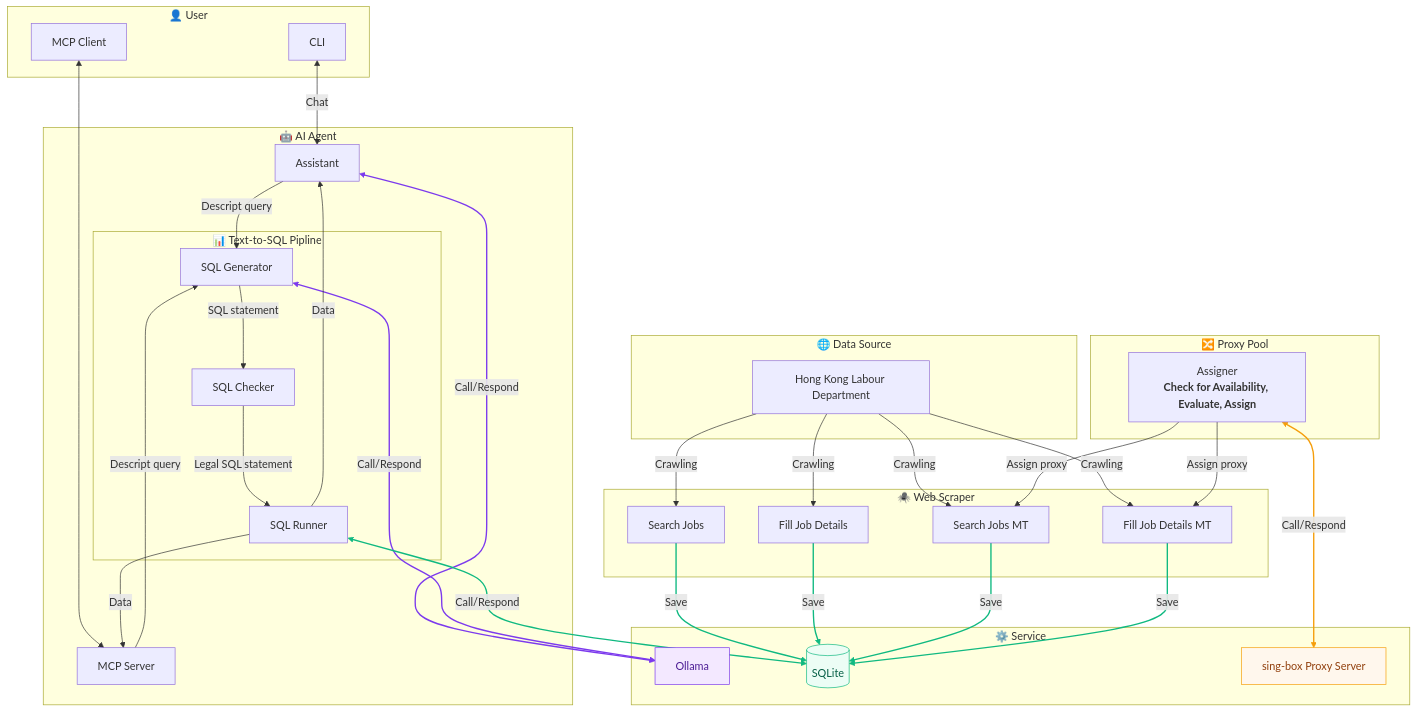
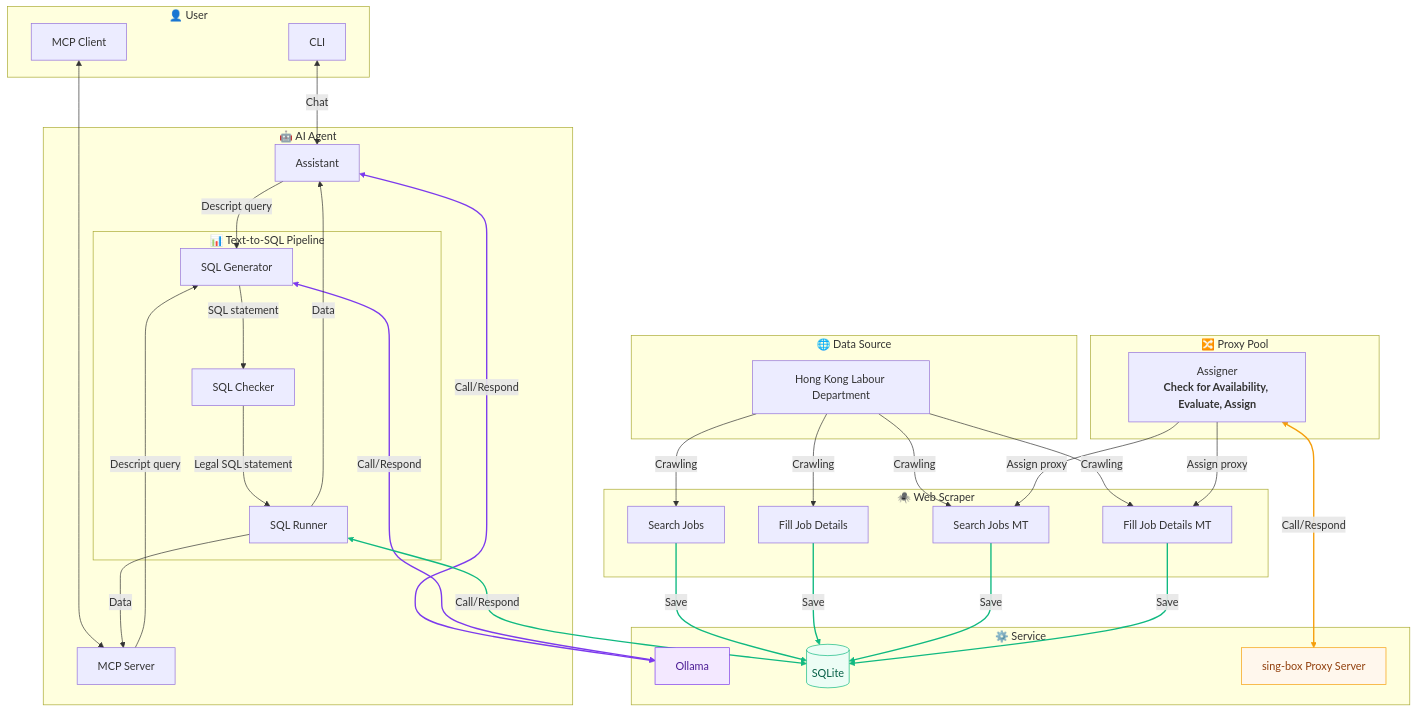
The diagram in README.md (JJ-Jacko/jobs_hk), drawn with Mermaid before and after one commit. The commit also changed 2 other files, not shown here.

Commit message:
fix(README): Spelling error.

```diff
--- a/README.md
+++ b/README.md
@@ -66,7 +66,7 @@
         assigner[Assigner<br><strong>Check for Availability, Evaluate, Assign<strong/>]
     end
 
-    subgraph SQL_pipline["📊 Text-to-SQL Pipline"]
+    subgraph SQL_pipeline["📊 Text-to-SQL Pipeline"]
         SQL_generator[SQL Generator]
         SQL_runner[SQL Runner]
         SQL_checker[SQL Checker]
@@ -75,7 +75,7 @@
     subgraph AI["🤖 AI Agent"]
         assistant[Assistant]
         MCP_server[MCP Server]
-        SQL_pipline
+        SQL_pipeline
     end
 
     subgraph Service["⚙️ Service"]
```
